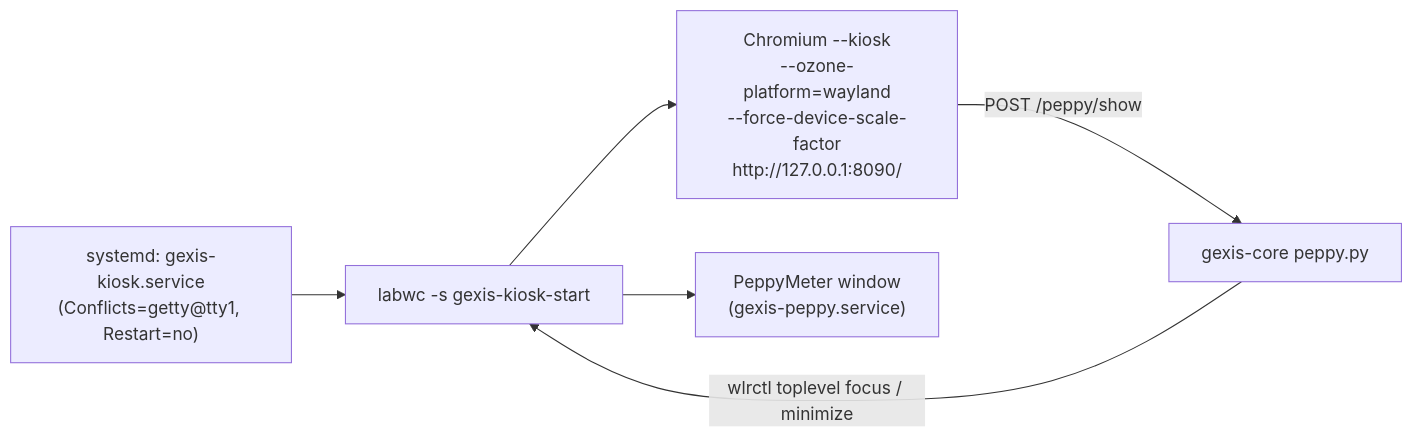
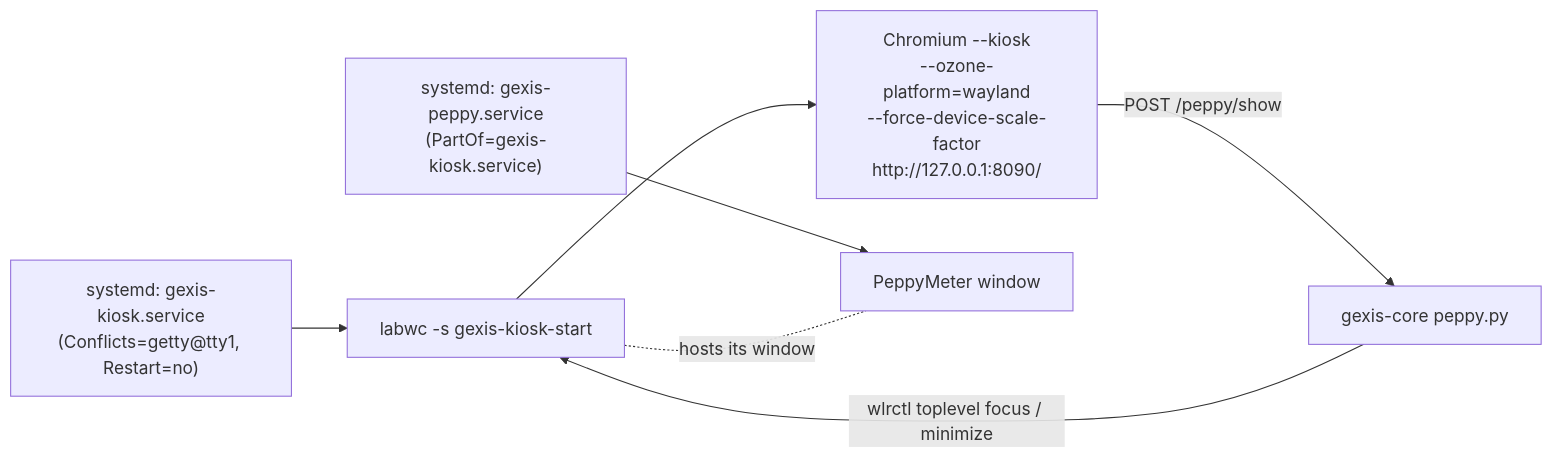
The seventh of 7 diagrams in docs/tech/ui.md (gcarstoiu/gexis-player), drawn with Mermaid before and after one commit. The commit also changed other lines of this file and 5 other files, not shown here.

````diff
--- a/docs/tech/ui.md
+++ b/docs/tech/ui.md
@@ -397,8 +399,9 @@
 ```mermaid
 flowchart LR
   SD["systemd: gexis-kiosk.service<br/>(Conflicts=getty@tty1, Restart=no)"] --> LW["labwc -s gexis-kiosk-start"]
   LW --> CR["Chromium --kiosk<br/>--ozone-platform=wayland<br/>--force-device-scale-factor<br/>http://127.0.0.1:8090/"]
-  LW --> PY["PeppyMeter window<br/>(gexis-peppy.service)"]
+  SP["systemd: gexis-peppy.service<br/>(PartOf=gexis-kiosk.service)"] --> PY["PeppyMeter window"]
+  LW -. "hosts its window" .- PY
   CORE[gexis-core peppy.py] -- "wlrctl toplevel focus / minimize" --> LW
   CR -- "POST /peppy/show" --> CORE
 ```
````
